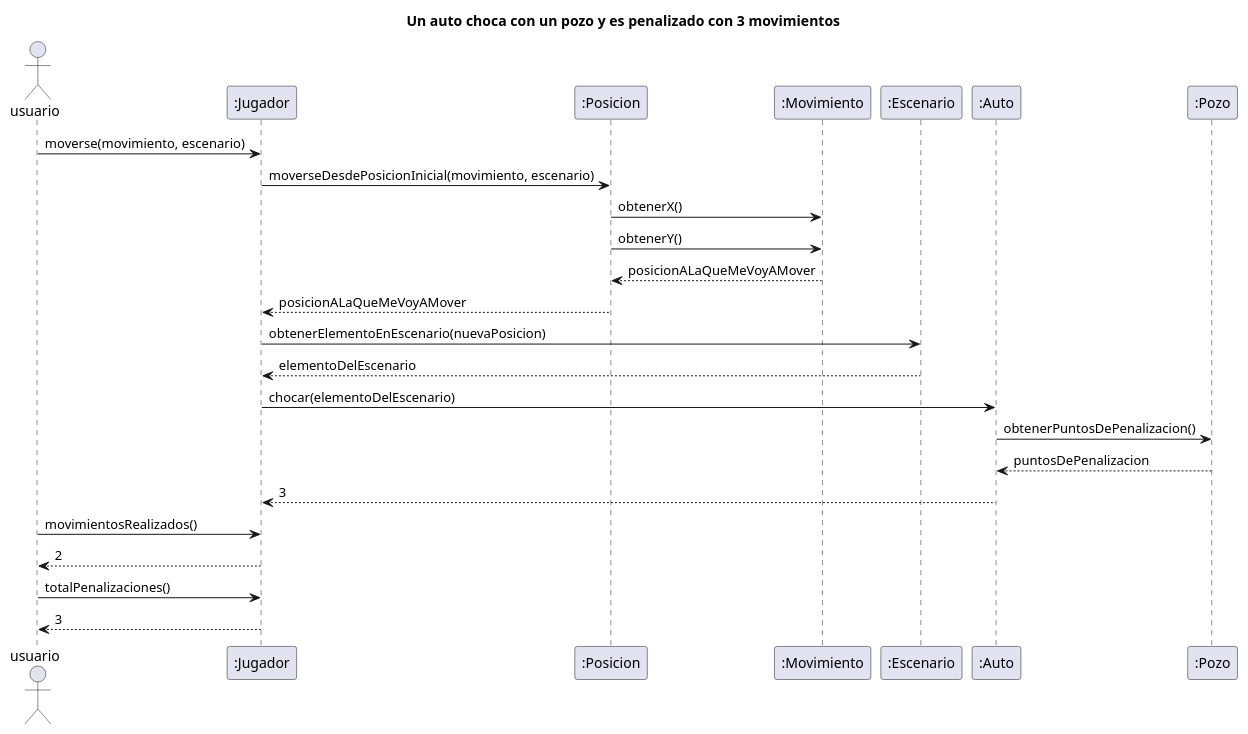
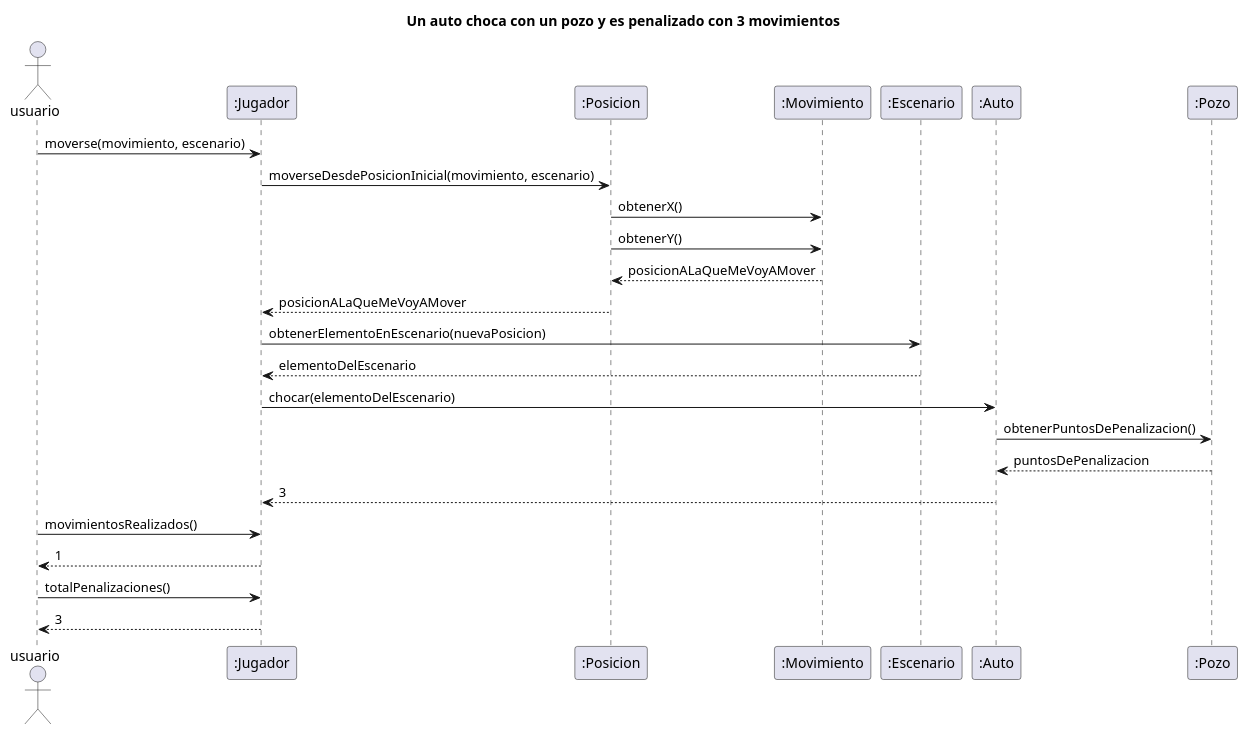
One commit to NestorPala/T17-GPSChallenge changed the diagram in diagrams/sequences/auto_choca_pozo.puml. Above: the diagram before and after it, drawn with PlantUML. The commit also changed 7 other files, not shown here.

Commit message:
Corrijo inconsistencia en diagramas de secuencia

```diff
--- a/diagrams/sequences/auto_choca_pozo.puml
+++ b/diagrams/sequences/auto_choca_pozo.puml
@@ -1,22 +1,22 @@
 @startuml
 title Un auto choca con un pozo y es penalizado con 3 movimientos
 Actor usuario
 
 "usuario" -> ":Jugador": moverse(movimiento, escenario)
 ":Jugador" -> ":Posicion": moverseDesdePosicionInicial(movimiento, escenario)
 ":Posicion" -> ":Movimiento": obtenerX()
 ":Posicion" -> ":Movimiento": obtenerY()
 return posicionALaQueMeVoyAMover
 ":Posicion" --> ":Jugador": posicionALaQueMeVoyAMover
 ":Jugador" -> ":Escenario": obtenerElementoEnEscenario(nuevaPosicion)
 ":Escenario" --> ":Jugador": elementoDelEscenario
 ":Jugador" -> ":Auto": chocar(elementoDelEscenario)
 ":Auto" -> ":Pozo": obtenerPuntosDePenalizacion()
 return puntosDePenalizacion
 ":Auto" --> ":Jugador": 3
 "usuario" -> ":Jugador": movimientosRealizados()
-return 2
+return 1
 "usuario" -> ":Jugador": totalPenalizaciones()
 return 3
 
 @enduml
```
